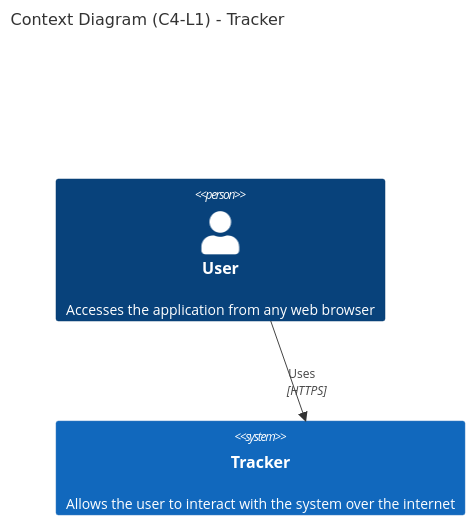
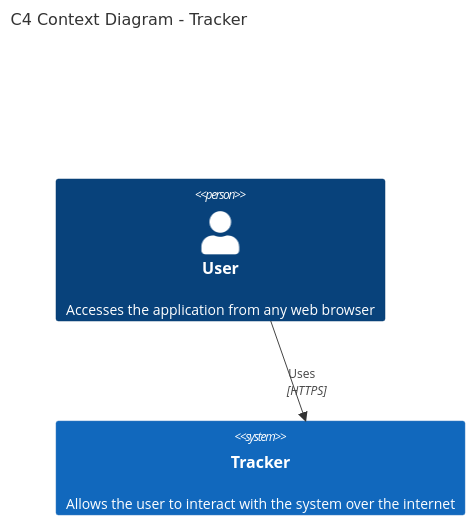
Before and after one commit to git-jrm/tracker: the first of 2 diagrams in README.md, drawn with Mermaid. The commit also changed other lines of this file, not shown here.

````diff
--- a/README.md
+++ b/README.md
@@ -8,11 +8,11 @@
 ```mermaid
 C4Context
-    title Context Diagram (C4-L1) - Tracker
+    title C4 Context Diagram - Tracker
 
     Person(user, "User", "Accesses the application from any web browser")
 
     System(app, "Tracker", "Allows the user to interact with the system over the internet")
 
     Rel(user, app, "Uses", "HTTPS")
 
 ```
````
